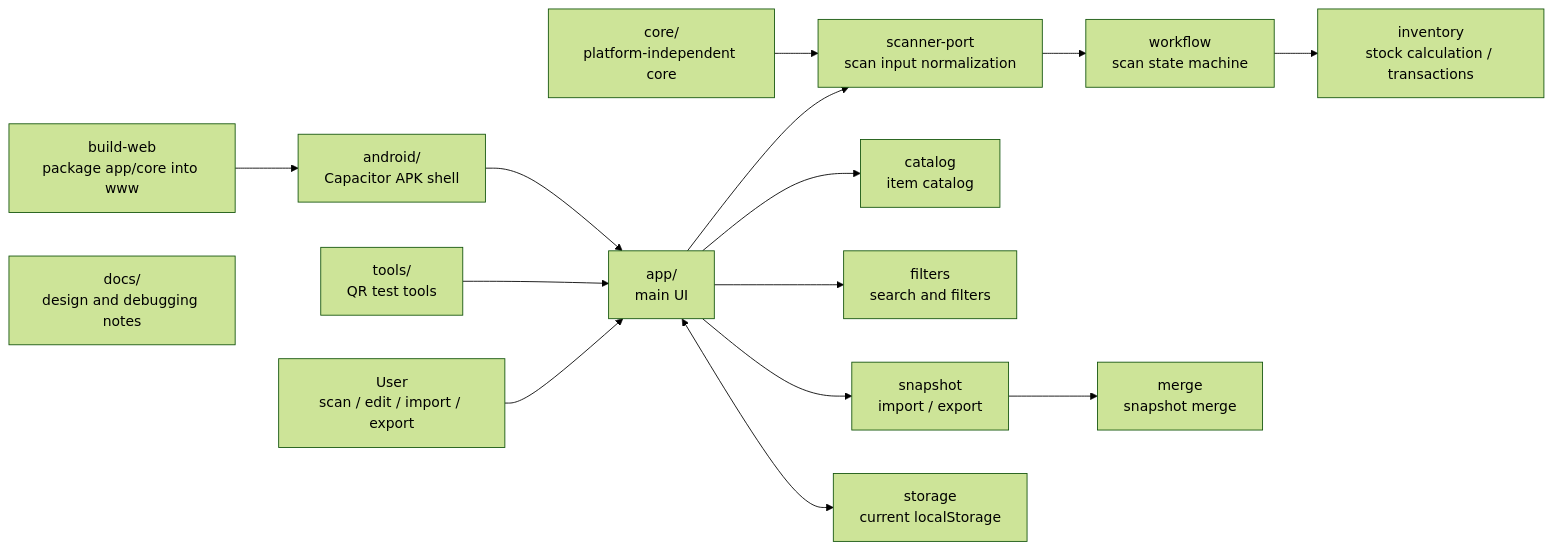
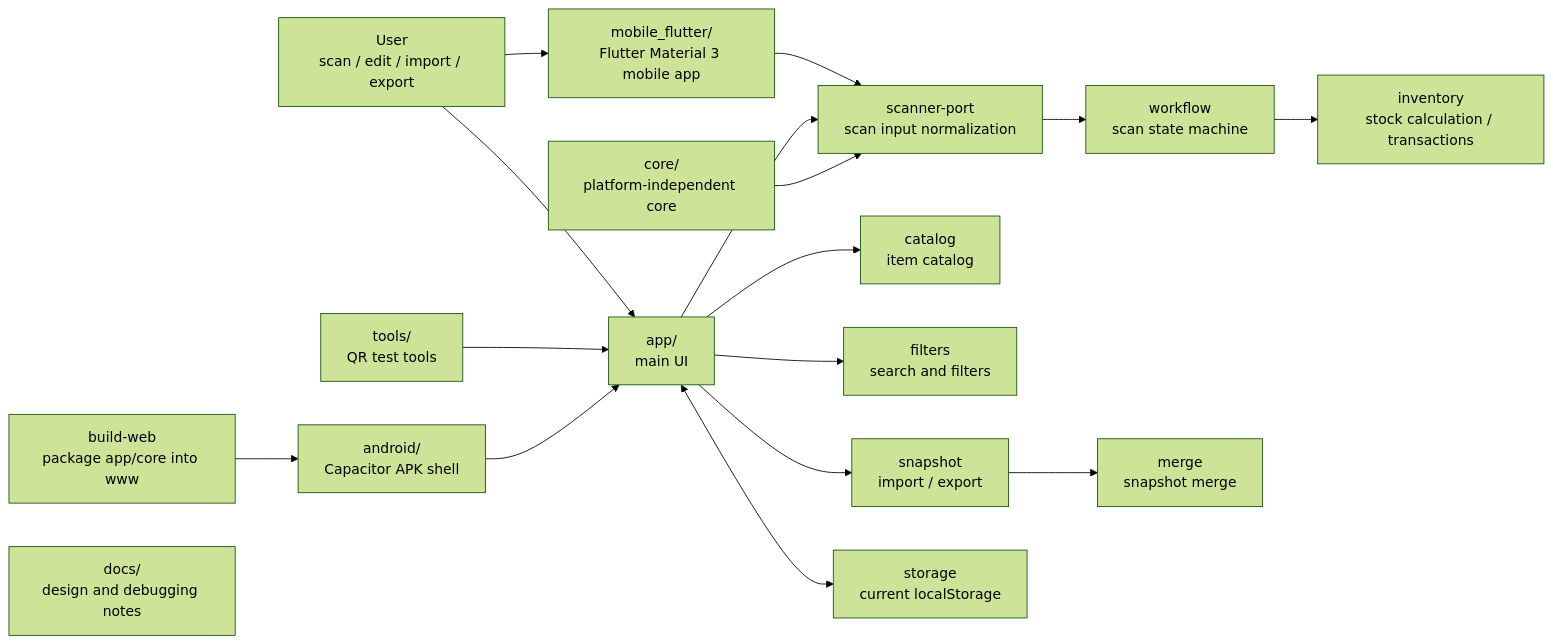
One commit to llleeeqi/maker-studio-inventory changed the diagram in README.en.md. Above: the diagram before and after it, drawn with Mermaid (forest theme). The commit also changed other lines of this file and 49 other files, not shown here.

Commit message:
Add msi v1 Flutter mobile workflow

````diff
--- a/README.en.md
+++ b/README.en.md
@@ -80,20 +106,22 @@
 ```mermaid
 flowchart LR
   User[User<br/>scan / edit / import / export] --> Shell[app/<br/>main UI]
+  User --> Flutter[mobile_flutter/<br/>Flutter Material 3 mobile app]
   Tools[tools/<br/>QR test tools] --> Shell
   Android[android/<br/>Capacitor APK shell] --> Shell
 
+  Flutter --> Scanner
   Shell --> Scanner[scanner-port<br/>scan input normalization]
   Scanner --> Workflow[workflow<br/>scan state machine]
   Workflow --> Inventory[inventory<br/>stock calculation / transactions]
 
   Shell --> Catalog[catalog<br/>item catalog]
   Shell --> Filters[filters<br/>search and filters]
   Shell --> Snapshot[snapshot<br/>import / export]
   Snapshot --> Merge[merge<br/>snapshot merge]
 
   Shell <--> Storage[storage<br/>current localStorage]
   Core[core/<br/>platform-independent core] --> Scanner
   Build[build-web<br/>package app/core into www] --> Android
   Docs[docs/<br/>design and debugging notes]
 ```
````
